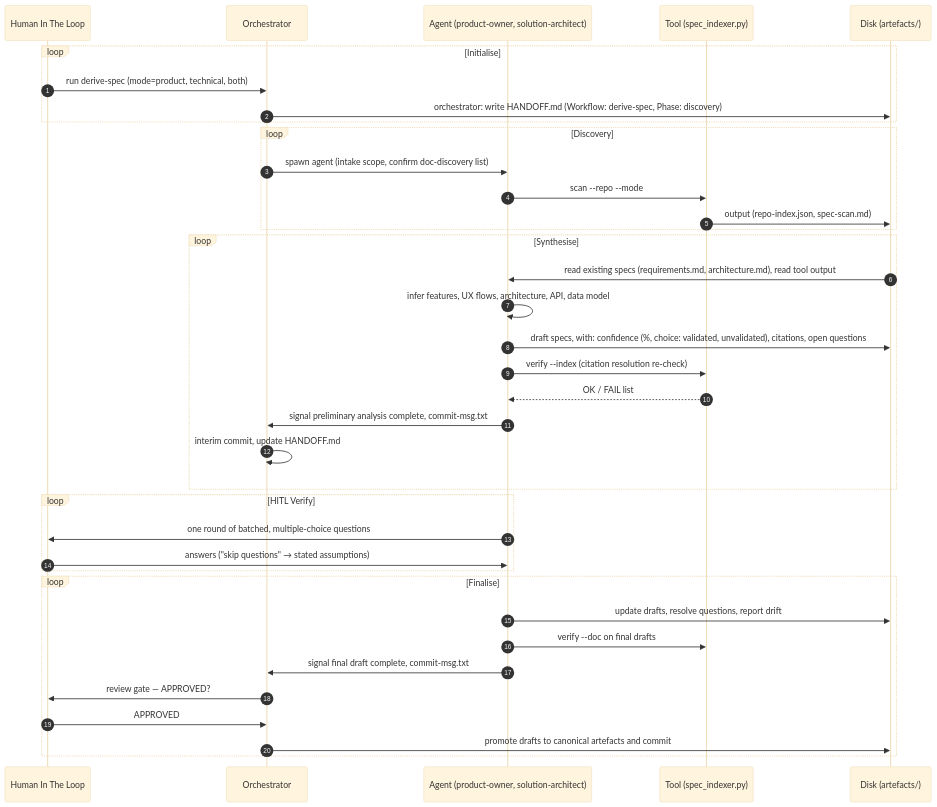
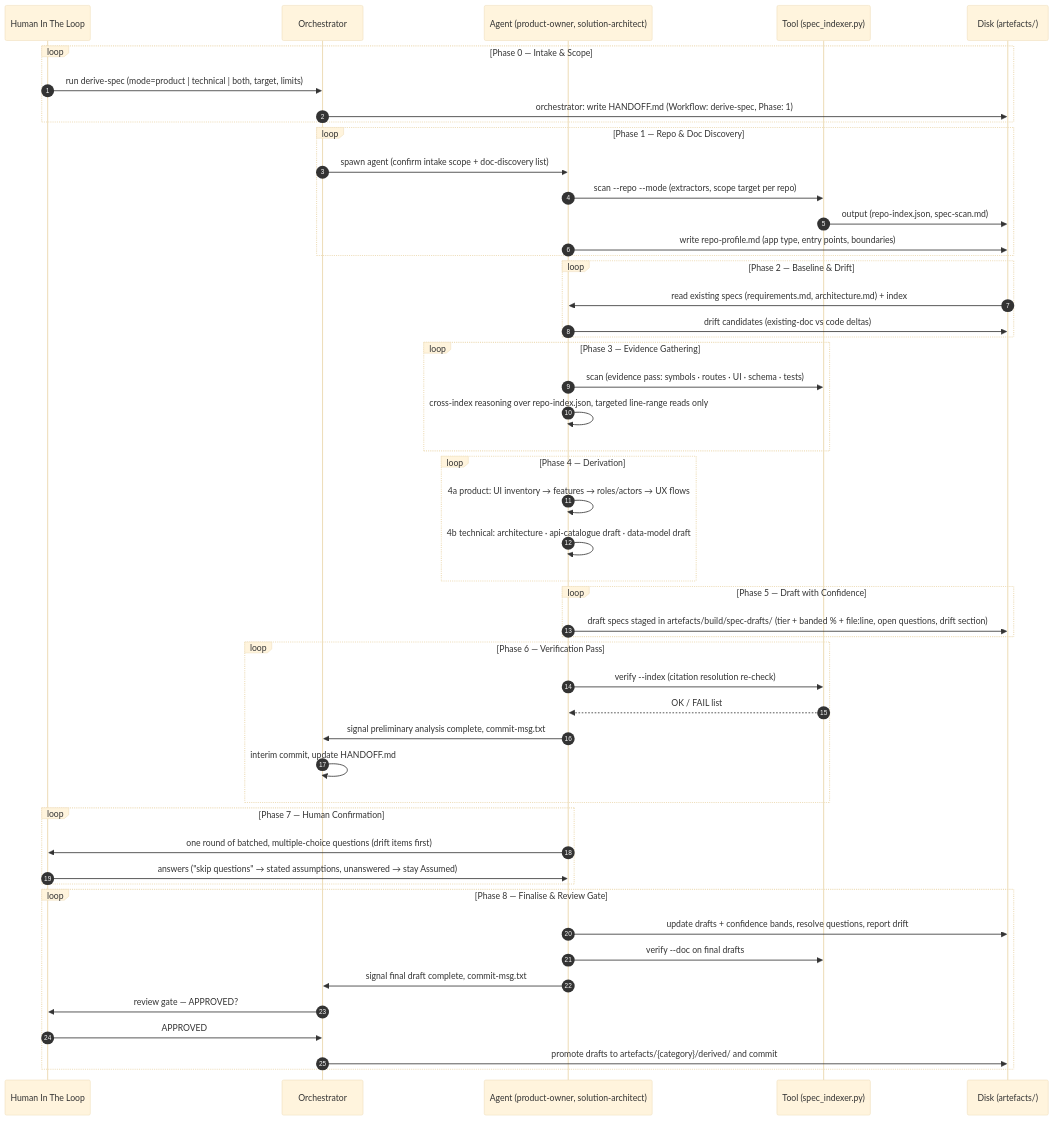
The eighth of 12 diagrams in context/workflows/README.md (Schmoiger/start-here), drawn with Mermaid (base theme) before and after one commit. The commit also changed other lines of this file and 1 other file, not shown here.

First line of the commit message:
docs(spec): record A1-A4 decisions, add T-016..T-020, phase-align diagrams

````diff
--- a/context/workflows/README.md
+++ b/context/workflows/README.md
@@ -250,40 +250,53 @@
 ```mermaid
 sequenceDiagram
     autonumber
     participant H as Human In The Loop
     participant O as Orchestrator
     participant A as Agent (product-owner, solution-architect)
     participant T as Tool (spec_indexer.py)
     participant D as Disk (artefacts/)
 
-    loop Initialise
-    H->>O: run derive-spec (mode=product, technical, both)
-    O->>D: orchestrator: write HANDOFF.md (Workflow: derive-spec, Phase: discovery)
+    loop Phase 0 — Intake & Scope
+    H->>O: run derive-spec (mode=product | technical | both, target, limits)
+    O->>D: orchestrator: write HANDOFF.md (Workflow: derive-spec, Phase: 1)
     end
-    loop Discovery
-    O->>A: spawn agent (intake scope, confirm doc-discovery list)
-    A->>T: scan --repo --mode
+    loop Phase 1 — Repo & Doc Discovery
+    O->>A: spawn agent (confirm intake scope + doc-discovery list)
+    A->>T: scan --repo --mode (extractors, scope target per repo)
     T->>D: output (repo-index.json, spec-scan.md)
+    A->>D: write repo-profile.md (app type, entry points, boundaries)
     end
-    loop Synthesise
-    D->>A: read existing specs (requirements.md, architecture.md), read tool output
-    A->>A: infer features, UX flows, architecture, API, data model
-    A->>D: draft specs, with: confidence (%, choice: validated, unvalidated), citations, open questions
+    loop Phase 2 — Baseline & Drift
+    D->>A: read existing specs (requirements.md, architecture.md) + index
+    A->>D: drift candidates (existing-doc vs code deltas)
+    end
+    loop Phase 3 — Evidence Gathering
+    A->>T: scan (evidence pass: symbols · routes · UI · schema · tests)
+    A->>A: cross-index reasoning over repo-index.json, targeted line-range reads only
+    end
+    loop Phase 4 — Derivation
+    A->>A: 4a product: UI inventory → features → roles/actors → UX flows
+    A->>A: 4b technical: architecture · api-catalogue draft · data-model draft
+    end
+    loop Phase 5 — Draft with Confidence
+    A->>D: draft specs staged in artefacts/build/spec-drafts/ (tier + banded % + file:line, open questions, drift section)
+    end
+    loop Phase 6 — Verification Pass
     A->>T: verify --index (citation resolution re-check)
     T-->>A: OK / FAIL list
     A->>O: signal preliminary analysis complete, commit-msg.txt
     O->>O: interim commit, update HANDOFF.md
     end
-    loop HITL Verify
-    A->>H: one round of batched, multiple-choice questions
-    H->>A: answers ("skip questions" → stated assumptions)
+    loop Phase 7 — Human Confirmation
+    A->>H: one round of batched, multiple-choice questions (drift items first)
+    H->>A: answers ("skip questions" → stated assumptions, unanswered → stay Assumed)
     end
-    loop Finalise
-    A->>D: update drafts, resolve questions, report drift
+    loop Phase 8 — Finalise & Review Gate
+    A->>D: update drafts + confidence bands, resolve questions, report drift
     A->>T: verify --doc on final drafts
     A->>O: signal final draft complete, commit-msg.txt
     O->>H: review gate — APPROVED?
     H->>O: APPROVED
-    O->>D: promote drafts to canonical artefacts and commit
+    O->>D: promote drafts to artefacts/{category}/derived/ and commit
     end
 ```
````
